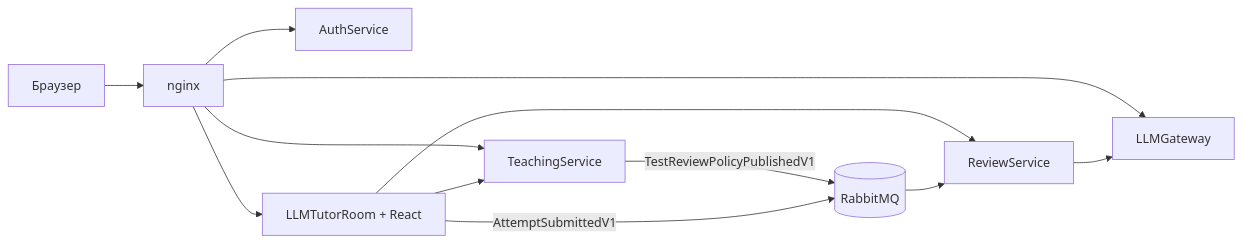
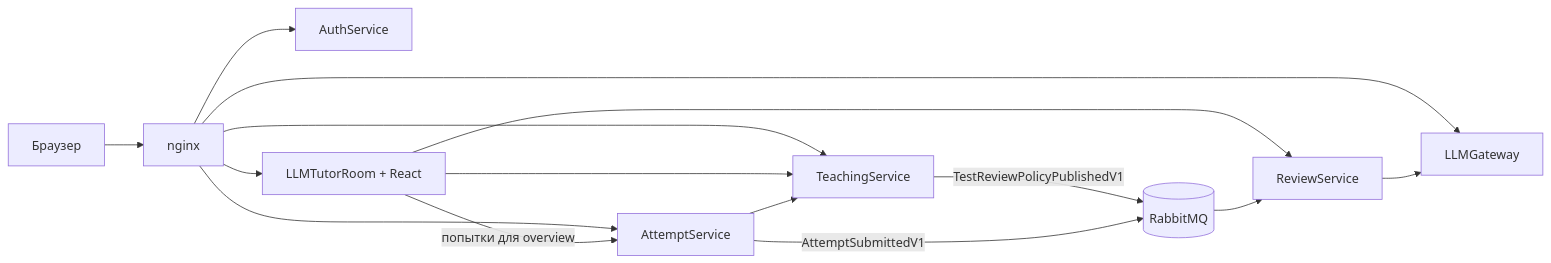
The diagram in README.md (KomaMix/LLMTutorRoom), drawn with Mermaid before and after one commit. The commit also changed other lines of this file and 110 other files, not shown here.

Commit message:
feat(attempt): extract attempt lifecycle into standalone service

````diff
--- a/README.md
+++ b/README.md
@@ -26,15 +26,18 @@
 ```mermaid
 flowchart LR
     User["Браузер"] --> Nginx["nginx"]
     Nginx --> Auth["AuthService"]
     Nginx --> Teaching["TeachingService"]
+    Nginx --> Attempt["AttemptService"]
     Nginx --> Tutor["LLMTutorRoom + React"]
     Nginx --> Gateway["LLMGateway"]
 
     Tutor --> Teaching
+    Tutor -- "попытки для overview" --> Attempt
     Tutor --> Review["ReviewService"]
+    Attempt --> Teaching
     Teaching -- "TestReviewPolicyPublishedV1" --> Rabbit[(RabbitMQ)]
-    Tutor -- "AttemptSubmittedV1" --> Rabbit
+    Attempt -- "AttemptSubmittedV1" --> Rabbit
     Rabbit --> Review
     Review --> Gateway
 ```
````
